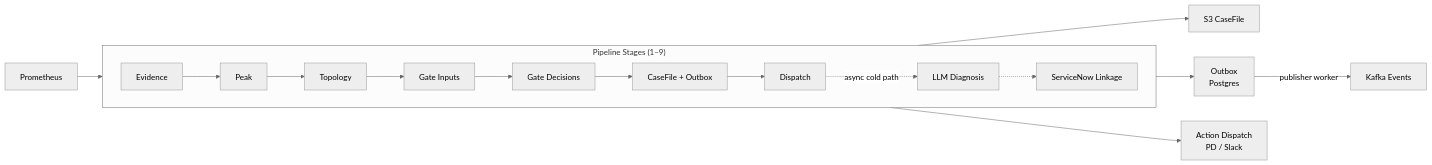
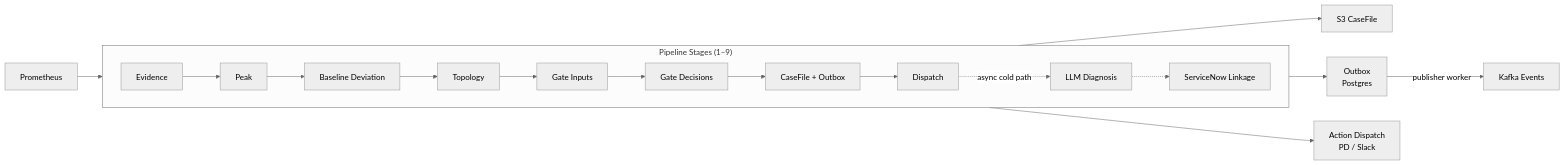
Before and after one commit to ssasvathan/aiops: the first of 3 diagrams in docs/developer-onboarding.md, drawn with Mermaid (neutral theme). The commit also changed other lines of this file and 13 other files, not shown here.

````diff
--- a/docs/developer-onboarding.md
+++ b/docs/developer-onboarding.md
@@ -58,16 +58,16 @@
 ```mermaid
 flowchart LR
     P[Prometheus] --> Pipeline
 
     subgraph Pipeline["Pipeline Stages (1–9)"]
         direction LR
-        S1[Evidence] --> S2[Peak] --> S3[Topology] --> S4[Gate Inputs] --> S5[Gate Decisions] --> S6[CaseFile + Outbox] --> S7[Dispatch]
+        S1[Evidence] --> S2[Peak] --> S2b[Baseline Deviation] --> S3[Topology] --> S4[Gate Inputs] --> S5[Gate Decisions] --> S6[CaseFile + Outbox] --> S7[Dispatch]
         S7 -.->|async cold path| S8[LLM Diagnosis]
         S8 -.-> S9[ServiceNow Linkage]
     end
 
     S6 --> S3out[S3 CaseFile]
     S6 --> OB[Outbox<br/>Postgres]
     OB -->|publisher worker| K[Kafka Events]
     S7 --> AD[Action Dispatch<br>PD / Slack]
 ```
````
